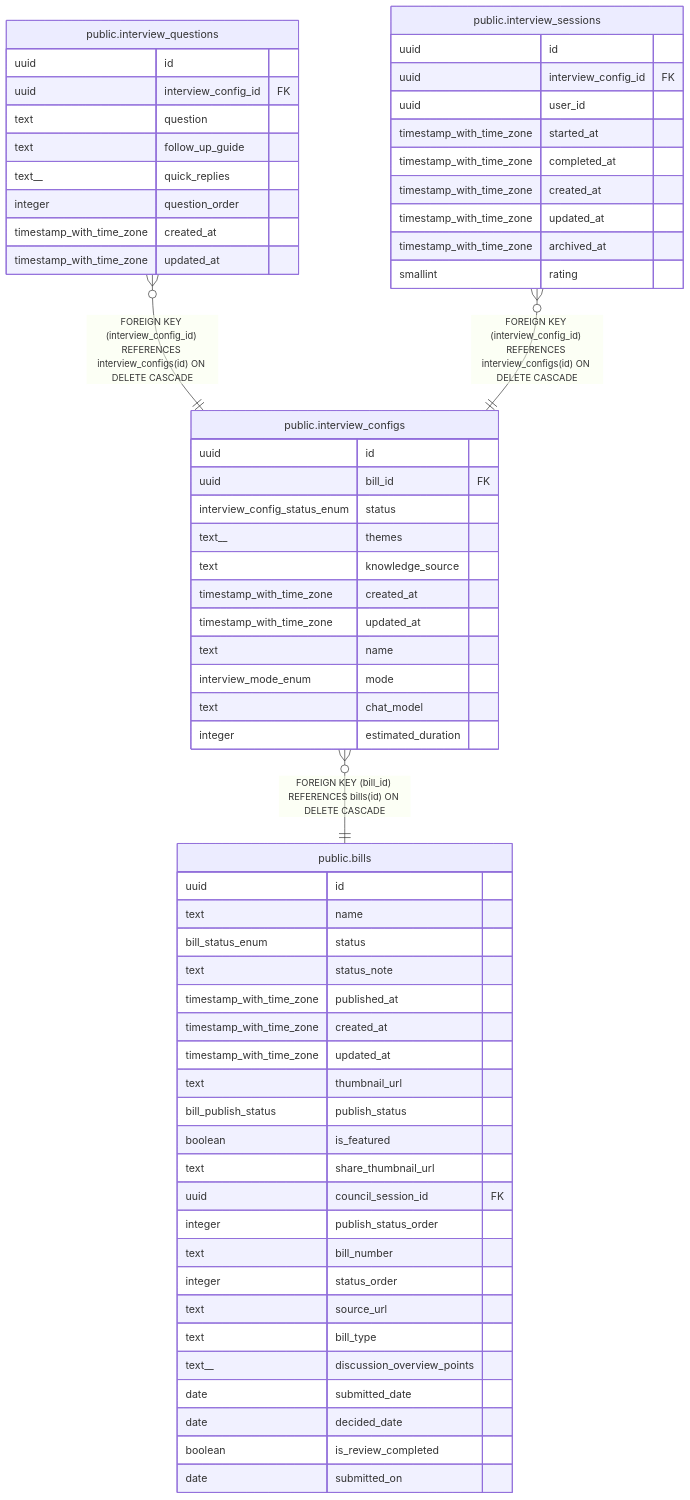
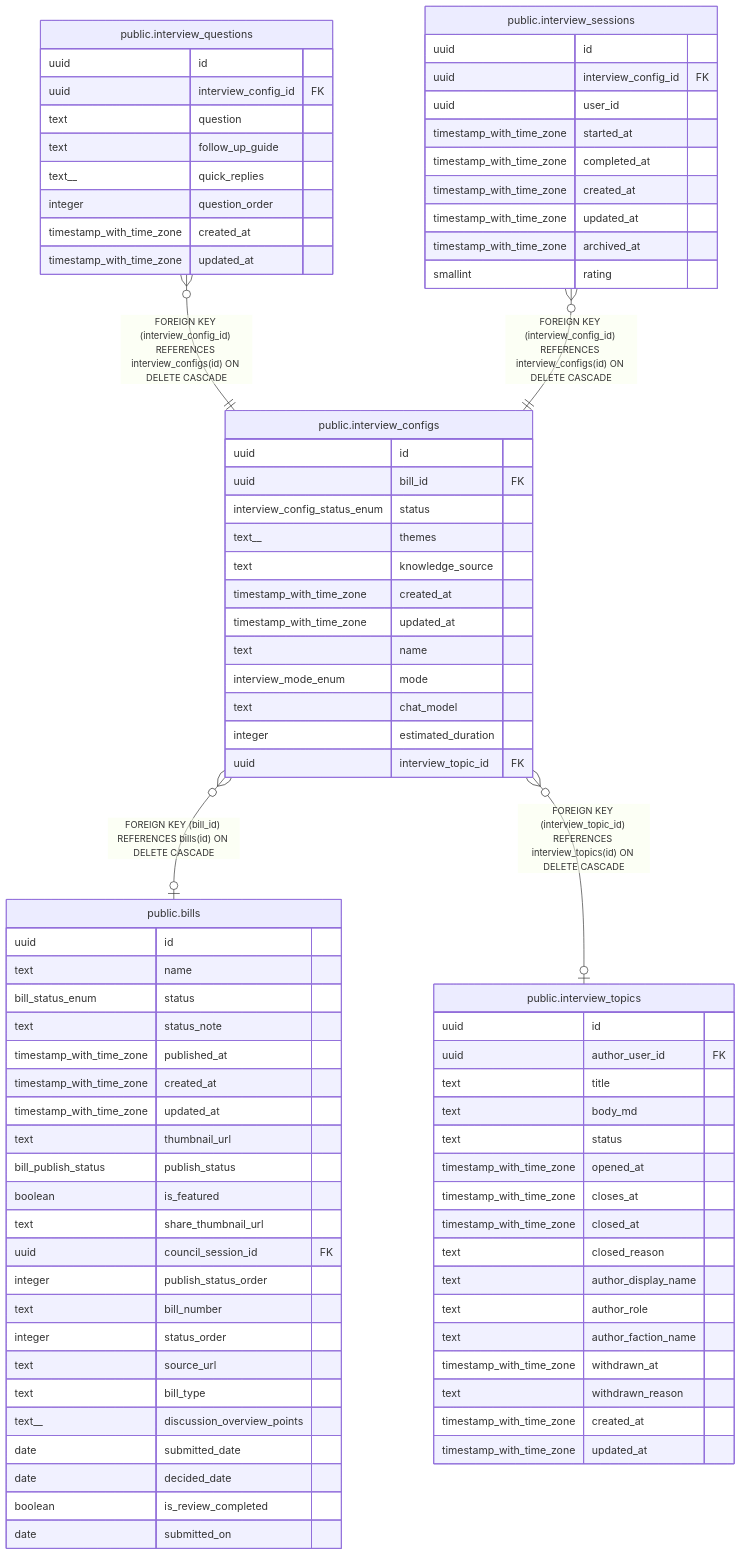
The diagram in docs/schema/public.interview_configs.md (s-takahashi-hokkaido/dejimin-gikai), drawn with Mermaid before and after one commit. The commit also changed other lines of this file and 26 other files, not shown here.

````diff
--- a/docs/schema/public.interview_configs.md
+++ b/docs/schema/public.interview_configs.md
@@ -49,7 +53,8 @@
 
 "public.interview_questions" }o--|| "public.interview_configs" : "FOREIGN KEY (interview_config_id) REFERENCES interview_configs(id) ON DELETE CASCADE"
 "public.interview_sessions" }o--|| "public.interview_configs" : "FOREIGN KEY (interview_config_id) REFERENCES interview_configs(id) ON DELETE CASCADE"
-"public.interview_configs" }o--|| "public.bills" : "FOREIGN KEY (bill_id) REFERENCES bills(id) ON DELETE CASCADE"
+"public.interview_configs" }o--o| "public.bills" : "FOREIGN KEY (bill_id) REFERENCES bills(id) ON DELETE CASCADE"
+"public.interview_configs" }o--o| "public.interview_topics" : "FOREIGN KEY (interview_topic_id) REFERENCES interview_topics(id) ON DELETE CASCADE"
 
 "public.interview_configs" {
   uuid id
@@ -63,6 +68,7 @@
   interview_mode_enum mode
   text chat_model
   integer estimated_duration
+  uuid interview_topic_id FK
 }
 "public.interview_questions" {
   uuid id
@@ -109,4 +115,22 @@
   boolean is_review_completed
   date submitted_on
 }
+"public.interview_topics" {
+  uuid id
+  uuid author_user_id FK
+  text title
+  text body_md
+  text status
+  timestamp_with_time_zone opened_at
+  timestamp_with_time_zone closes_at
+  timestamp_with_time_zone closed_at
+  text closed_reason
+  text author_display_name
+  text author_role
+  text author_faction_name
+  timestamp_with_time_zone withdrawn_at
+  text withdrawn_reason
+  timestamp_with_time_zone created_at
+  timestamp_with_time_zone updated_at
+}
 ```
````
